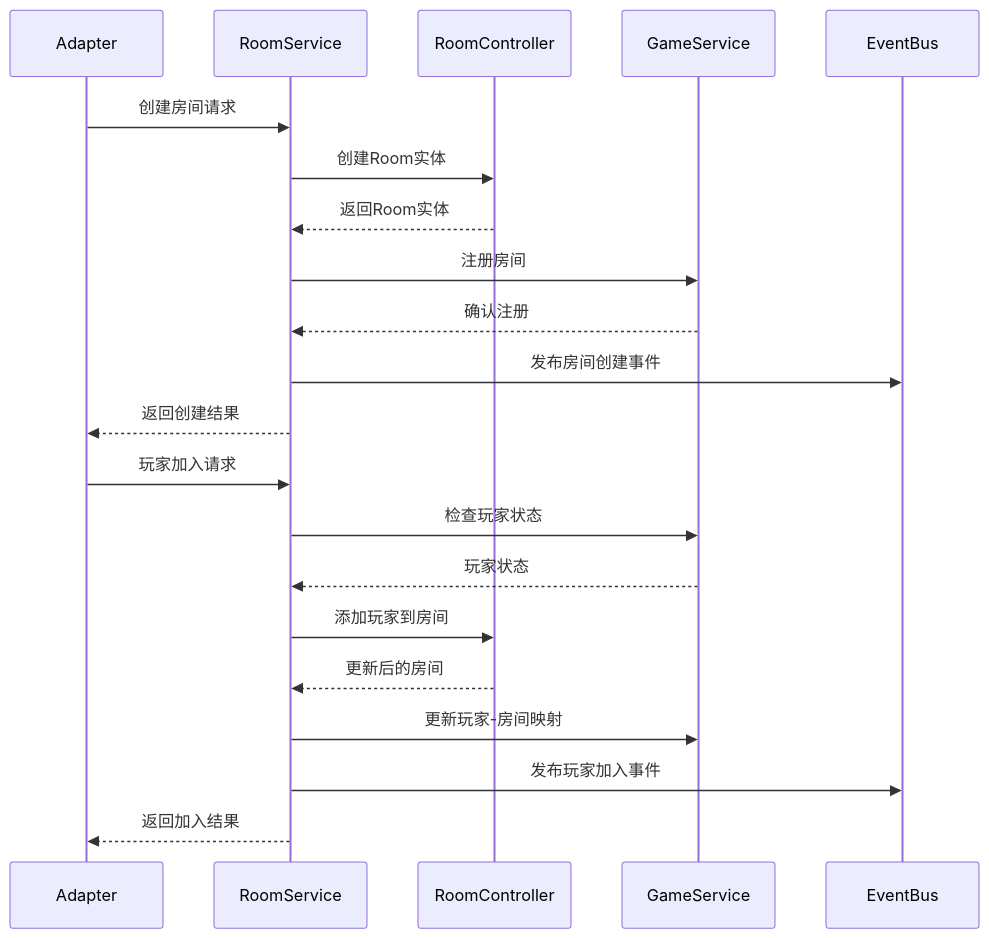
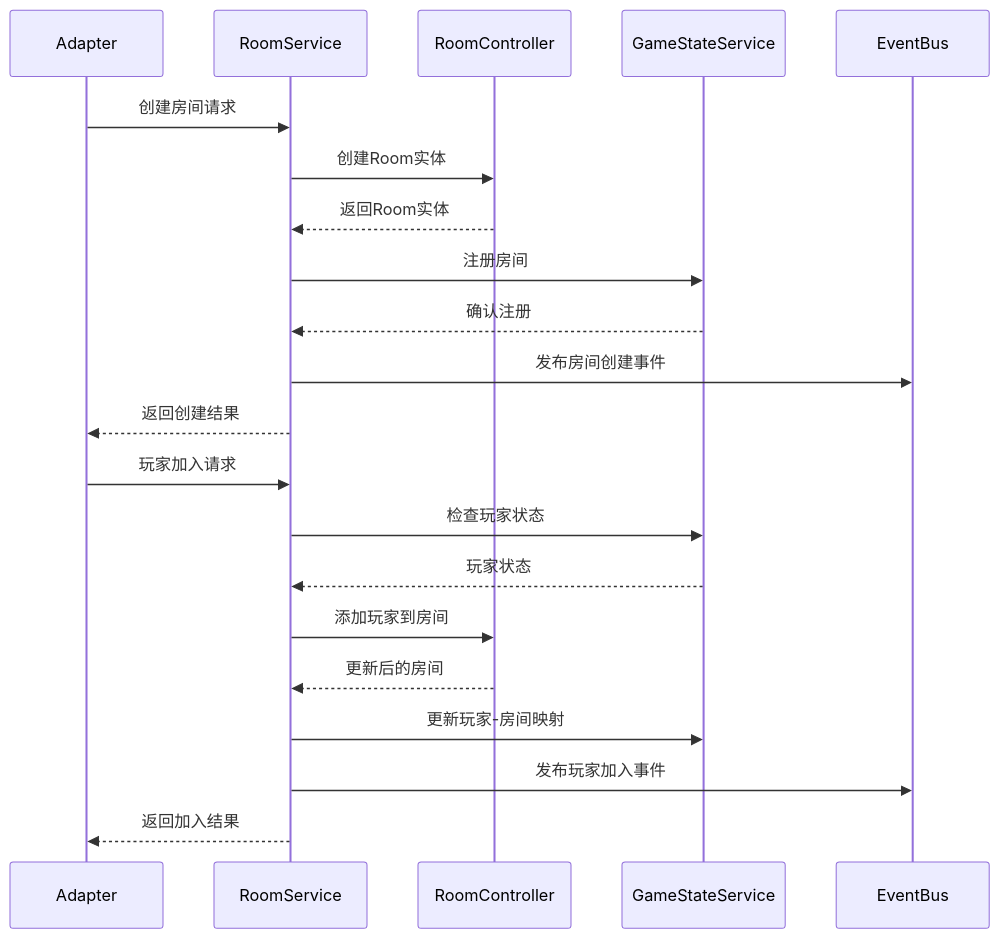
Before and after one commit to crossagent/paotuan: the seventh of 7 diagrams in docs/架构.md, drawn with Mermaid. The commit also changed other lines of this file and 4 other files, not shown here.

````diff
--- a/docs/架构.md
+++ b/docs/架构.md
@@ -305,25 +331,25 @@
 ```mermaid
 sequenceDiagram
     participant Adapter
     participant RoomService
     participant RoomController
-    participant GameService
+    participant GameStateService
     participant EventBus
 
     Adapter->>RoomService: 创建房间请求
     RoomService->>RoomController: 创建Room实体
     RoomController-->>RoomService: 返回Room实体
-    RoomService->>GameService: 注册房间
-    GameService-->>RoomService: 确认注册
+    RoomService->>GameStateService: 注册房间
+    GameStateService-->>RoomService: 确认注册
     RoomService->>EventBus: 发布房间创建事件
     RoomService-->>Adapter: 返回创建结果
 
     Adapter->>RoomService: 玩家加入请求
-    RoomService->>GameService: 检查玩家状态
-    GameService-->>RoomService: 玩家状态
+    RoomService->>GameStateService: 检查玩家状态
+    GameStateService-->>RoomService: 玩家状态
     RoomService->>RoomController: 添加玩家到房间
     RoomController-->>RoomService: 更新后的房间
-    RoomService->>GameService: 更新玩家-房间映射
+    RoomService->>GameStateService: 更新玩家-房间映射
     RoomService->>EventBus: 发布玩家加入事件
     RoomService-->>Adapter: 返回加入结果
 ```
````
